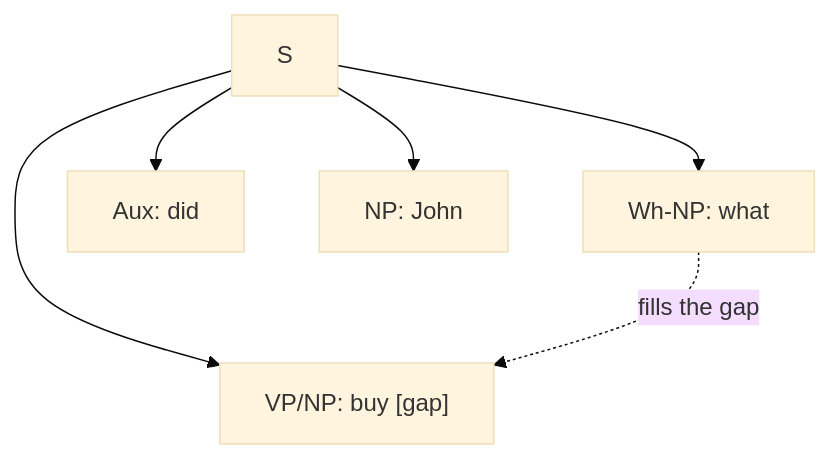
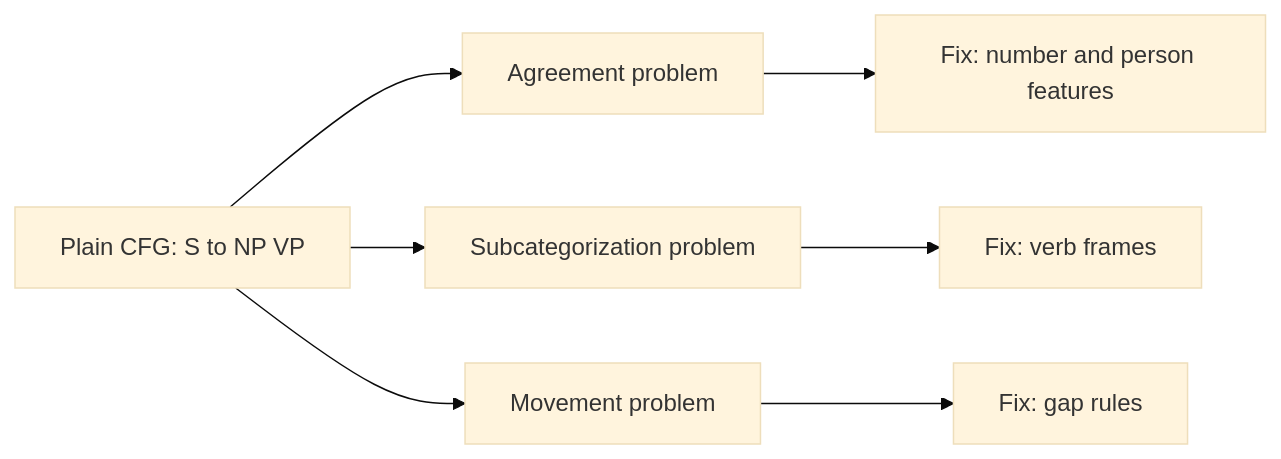
The diagram in content/natural-language-processing/pyq/2024-12/q5b.mdx (TrendySloth1001/sem-seven-notes), drawn with Mermaid (base theme) before and after one commit. The commit also changed other lines of this file and 406 other files, not shown here.

````diff
--- a/content/natural-language-processing/pyq/2024-12/q5b.mdx
+++ b/content/natural-language-processing/pyq/2024-12/q5b.mdx
@@ -33,9 +21,10 @@
 ```mermaid
-%% caption: In "What did John buy", the word "what" moves to the front and leaves a gap after "buy". The slash category S/NP carries the missing NP down the tree.
-flowchart TD
-  S["S"] --> W["Wh-NP: what"]
-  S --> A["Aux: did"]
-  S --> N["NP: John"]
-  S --> V["VP/NP: buy [gap]"]
-  W -.->|"fills the gap"| V
+%% caption: Three problems of a plain CFG and the usual fix for each.
+flowchart LR
+  A["Plain CFG: S to NP VP"] --> B["Agreement problem"]
+  A --> C["Subcategorization problem"]
+  A --> D["Movement problem"]
+  B --> B1["Fix: number and person features"]
+  C --> C1["Fix: verb frames"]
+  D --> D1["Fix: gap rules"]
 ```
````
